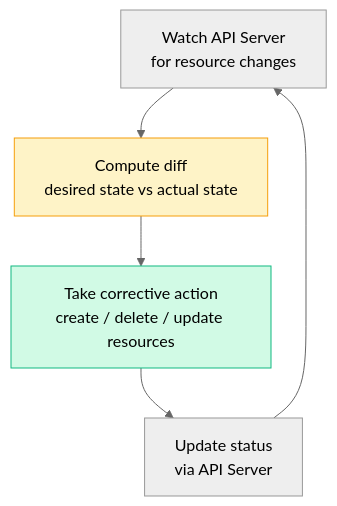
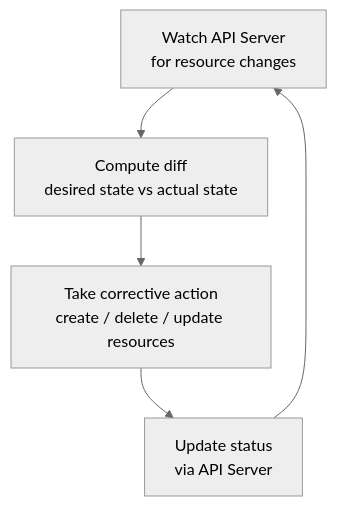
The third of 3 diagrams in content/cka/02-kubernetes-architecture-complete-reference/23-kube-scheduler-controller-manager/23-kube-scheduler-controller-manager.md (Gautam4424/k8slearn-content), drawn with Mermaid (neutral theme) before and after one commit. The commit also changed other lines of this file and 40 other files, not shown here.

Commit message:
chore: fix mermaid style regex

````diff
--- a/content/cka/02-kubernetes-architecture-complete-reference/23-kube-scheduler-controller-manager/23-kube-scheduler-controller-manager.md
+++ b/content/cka/02-kubernetes-architecture-complete-reference/23-kube-scheduler-controller-manager/23-kube-scheduler-controller-manager.md
@@ -69,10 +63,8 @@
 ```mermaid
 flowchart TD
     WATCH["Watch API Server\nfor resource changes"]
     DIFF["Compute diff\ndesired state vs actual state"]
     ACT["Take corrective action\ncreate / delete / update resources"]
     STATUS["Update status\nvia API Server"]
     WATCH --> DIFF --> ACT --> STATUS --> WATCH
-    style DIFF fill:#fef3c7,stroke:#f59e0b
-    style ACT fill:#d1fae5,stroke:#10b981
 ```
````
